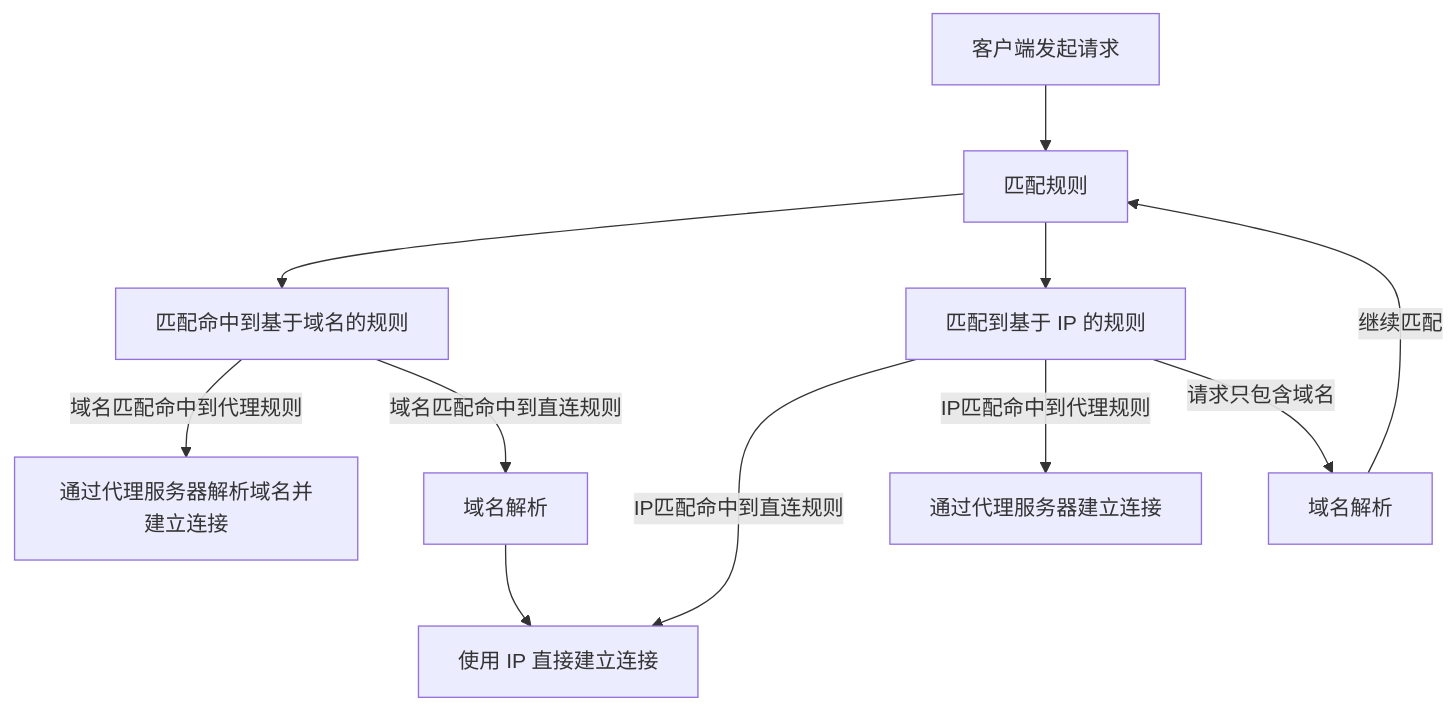
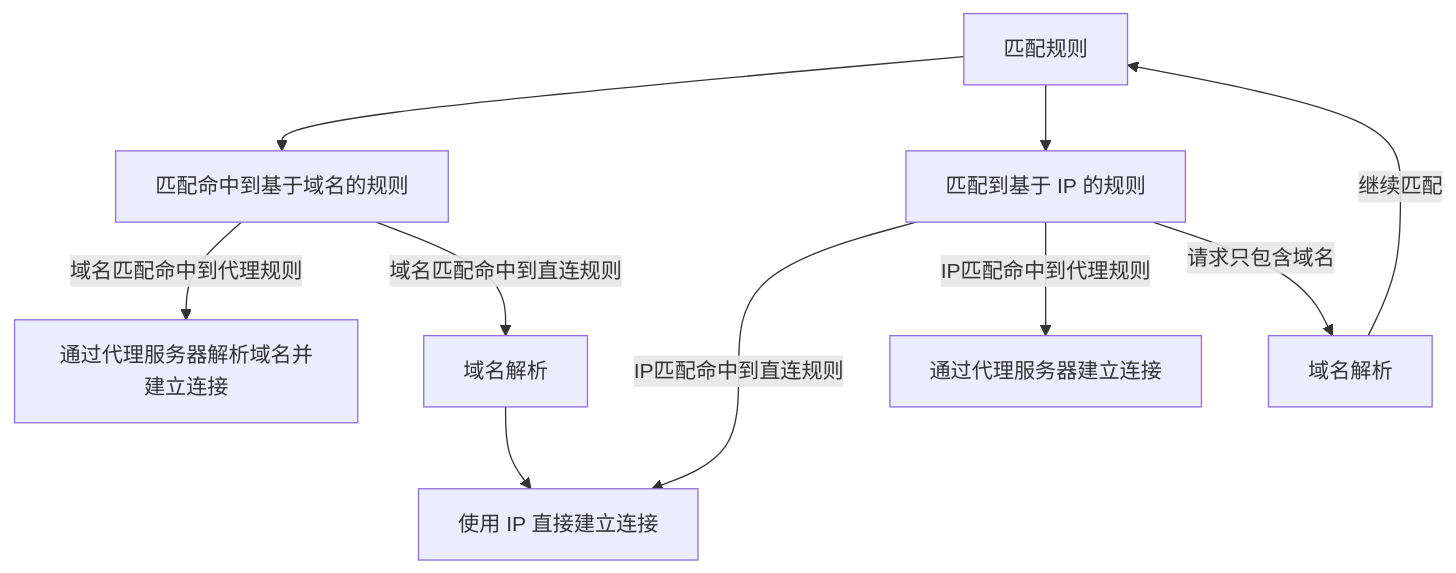
Before and after one commit to Jishi0/sub-rule: the first of 2 diagrams in mihomoDNS解析流程.md, drawn with Mermaid.

````diff
--- a/mihomoDNS解析流程.md
+++ b/mihomoDNS解析流程.md
@@ -2,16 +2,15 @@
 ```mermaid
 flowchart TD
-  Start[客户端发起请求] --> rule[匹配规则]
-  rule --> Domain[匹配命中到基于域名的规则]
+  rule[匹配规则] --> Domain[匹配命中到基于域名的规则]
   rule --> IP[匹配到基于 IP 的规则]
 
   Domain --> |域名匹配命中到代理规则|Remote[通过代理服务器解析域名并建立连接]
   Domain --> |域名匹配命中到直连规则|DNS1[域名解析]
   DNS1 --> Direct[使用 IP 直接建立连接]
 
   IP --> |IP匹配命中到直连规则|Direct
   IP --> |IP匹配命中到代理规则|Proxy[通过代理服务器建立连接]
   IP --> |请求只包含域名|DNS2[域名解析]
   DNS2 --> |继续匹配|rule
 
 ```
````
